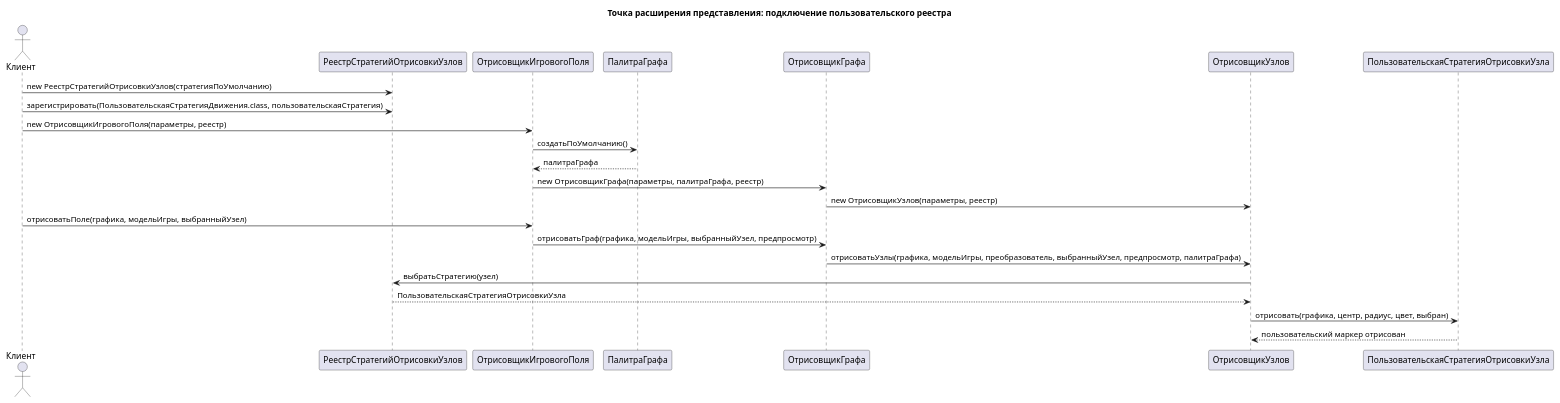
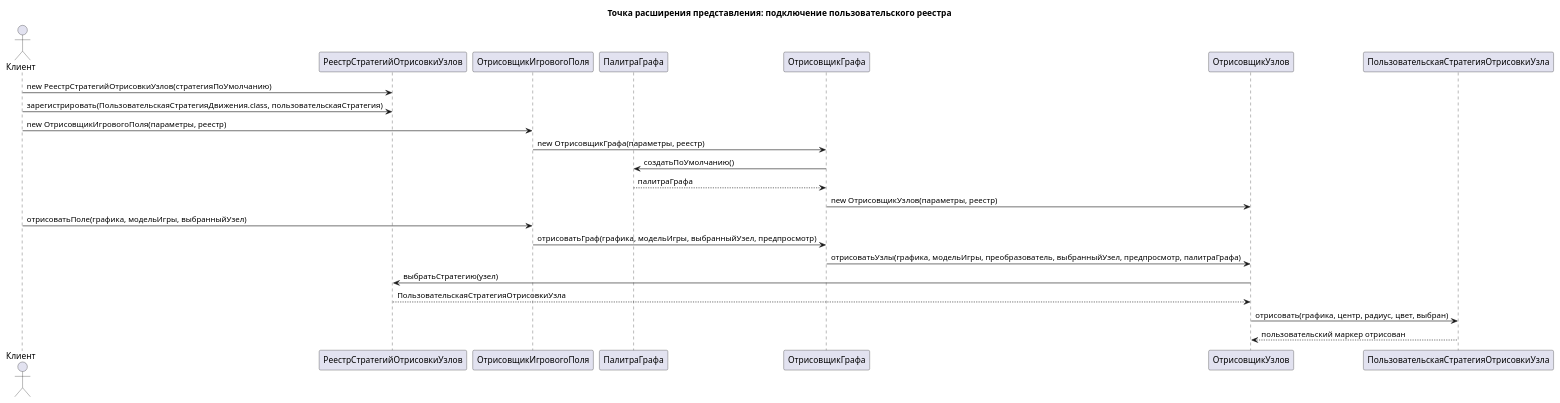
Before and after one commit to dmitriyBreyfogel/Untangle: the diagram in diagrams/Point of extension/View sequence diagrams/04 Inject custom render registry.puml, drawn with PlantUML. The commit also changed 11 other files, not shown here.

```diff
--- a/diagrams/Point of extension/View sequence diagrams/04 Inject custom render registry.puml
+++ b/diagrams/Point of extension/View sequence diagrams/04 Inject custom render registry.puml
@@ -1,27 +1,27 @@
 @startuml
 title Точка расширения представления: подключение пользовательского реестра
 
 actor Клиент
 participant "РеестрСтратегийОтрисовкиУзлов" as Реестр
 participant "ОтрисовщикИгровогоПоля" as ОтрисовщикИгровогоПоля
 participant "ПалитраГрафа" as ПалитраГрафа
 participant "ОтрисовщикГрафа" as ОтрисовщикГрафа
 participant "ОтрисовщикУзлов" as ОтрисовщикУзлов
 participant "ПользовательскаяСтратегияОтрисовкиУзла" as ПользовательскаяСтратегия
 
 Клиент -> Реестр : new РеестрСтратегийОтрисовкиУзлов(стратегияПоУмолчанию)
 Клиент -> Реестр : зарегистрировать(ПользовательскаяСтратегияДвижения.class, пользовательскаяСтратегия)
 Клиент -> ОтрисовщикИгровогоПоля : new ОтрисовщикИгровогоПоля(параметры, реестр)
-ОтрисовщикИгровогоПоля -> ПалитраГрафа : создатьПоУмолчанию()
-ПалитраГрафа --> ОтрисовщикИгровогоПоля : палитраГрафа
-ОтрисовщикИгровогоПоля -> ОтрисовщикГрафа : new ОтрисовщикГрафа(параметры, палитраГрафа, реестр)
+ОтрисовщикИгровогоПоля -> ОтрисовщикГрафа : new ОтрисовщикГрафа(параметры, реестр)
+ОтрисовщикГрафа -> ПалитраГрафа : создатьПоУмолчанию()
+ПалитраГрафа --> ОтрисовщикГрафа : палитраГрафа
 ОтрисовщикГрафа -> ОтрисовщикУзлов : new ОтрисовщикУзлов(параметры, реестр)
 Клиент -> ОтрисовщикИгровогоПоля : отрисоватьПоле(графика, модельИгры, выбранныйУзел)
 ОтрисовщикИгровогоПоля -> ОтрисовщикГрафа : отрисоватьГраф(графика, модельИгры, выбранныйУзел, предпросмотр)
 ОтрисовщикГрафа -> ОтрисовщикУзлов : отрисоватьУзлы(графика, модельИгры, преобразователь, выбранныйУзел, предпросмотр, палитраГрафа)
 ОтрисовщикУзлов -> Реестр : выбратьСтратегию(узел)
 Реестр --> ОтрисовщикУзлов : ПользовательскаяСтратегияОтрисовкиУзла
 ОтрисовщикУзлов -> ПользовательскаяСтратегия : отрисовать(графика, центр, радиус, цвет, выбран)
 ПользовательскаяСтратегия --> ОтрисовщикУзлов : пользовательский маркер отрисован
 
 @enduml
```
